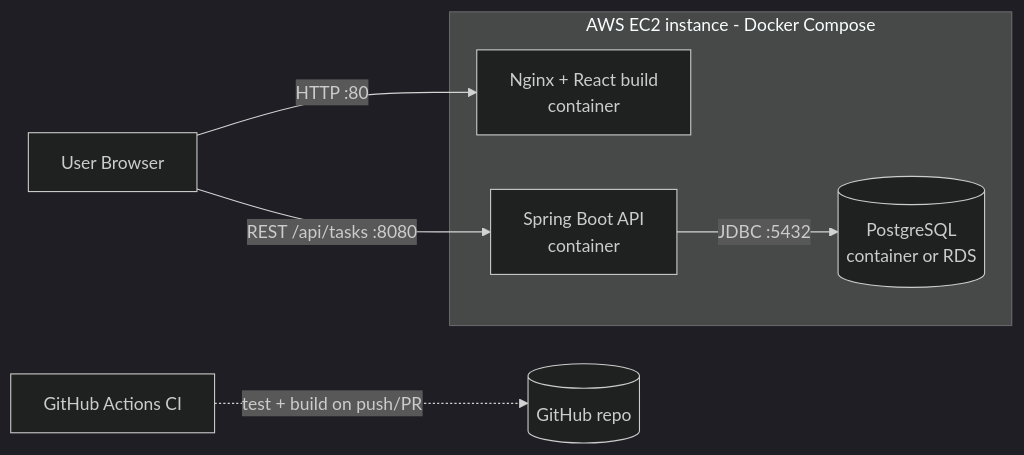
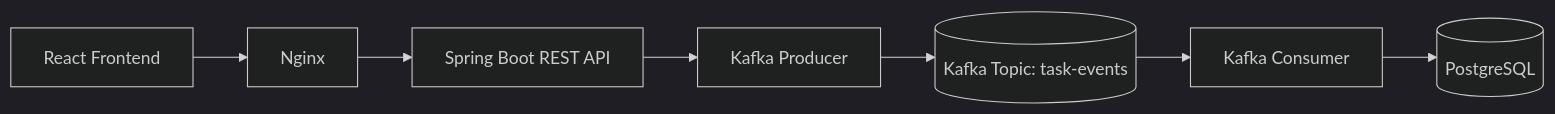
One commit to shaina240506/cloud-task-manager changed the diagram in README.md. Above: the diagram before and after it, drawn with Mermaid (dark theme). The commit also changed other lines of this file and 13 other files, not shown here.

Commit message:
Add Kafka event pipeline to task manager

````diff
--- a/README.md
+++ b/README.md
@@ -18,12 +28,9 @@
 ```mermaid
 flowchart LR
-    U[User Browser] -->|HTTP :80| FE[Nginx + React build<br/>container]
-    U -->|REST /api/tasks :8080| BE[Spring Boot API<br/>container]
-    BE -->|JDBC :5432| DB[(PostgreSQL<br/>container or RDS)]
-    GH[GitHub Actions CI] -.->|test + build on push/PR| REPO[(GitHub repo)]
-    subgraph EC2[AWS EC2 instance - Docker Compose]
-      FE
-      BE
-      DB
-    end
+    A[React Frontend] --> B[Nginx]
+    B --> C[Spring Boot REST API]
+    C --> D[Kafka Producer]
+    D --> E[(Kafka Topic: task-events)]
+    E --> F[Kafka Consumer]
+    F --> G[(PostgreSQL)]
 ```
````
